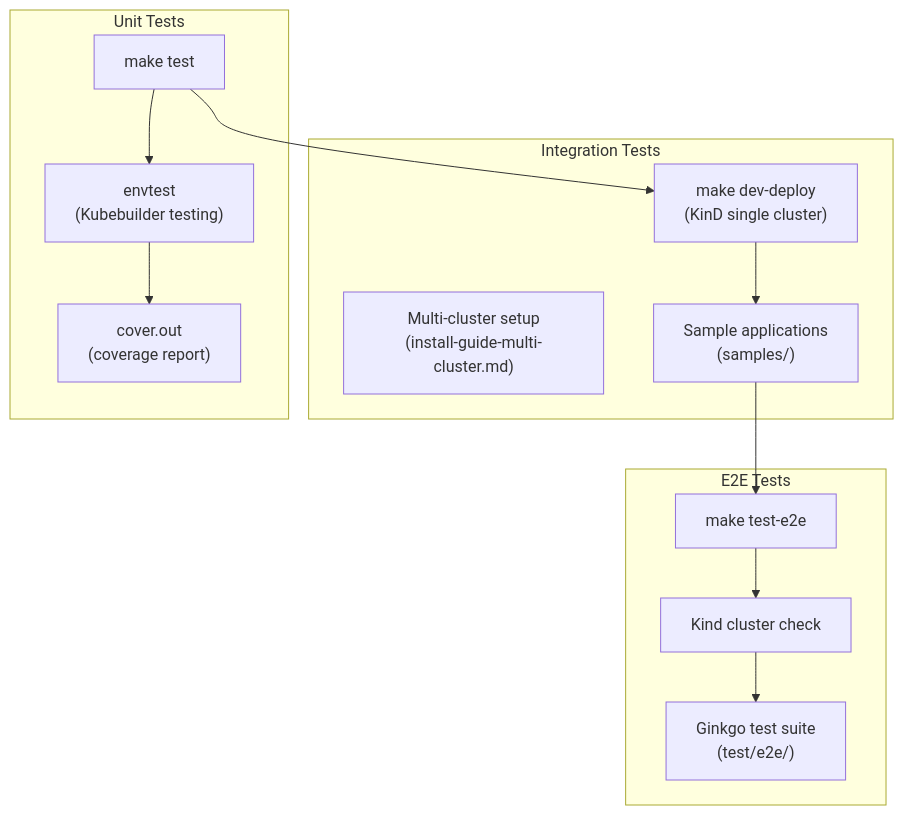
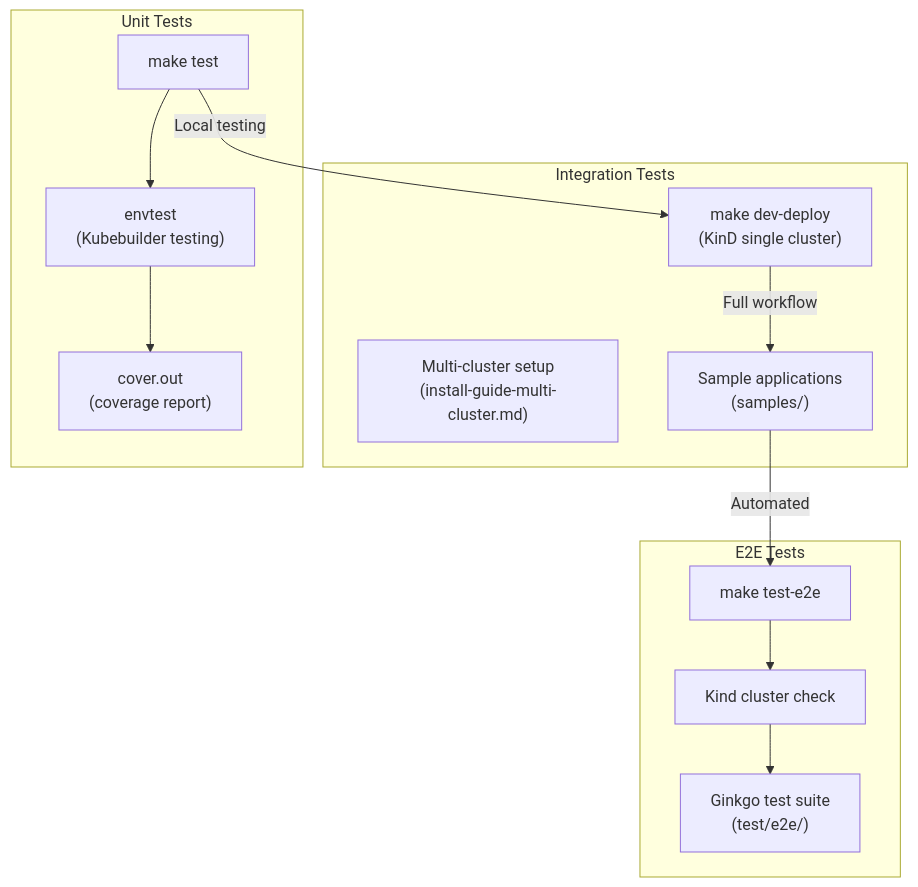
The fifth of 7 diagrams in docs/deepwiki/Development-and-Contribution.md (openchoreo/openchoreo), drawn with Mermaid before and after one commit. The commit also changed other lines of this file and 85 other files, not shown here.

Commit message:
feat: Add new workflow and specification templates, update Helm chart dependencies, and clarify documentation diagrams.

````diff
--- a/docs/deepwiki/Development-and-Contribution.md
+++ b/docs/deepwiki/Development-and-Contribution.md
@@ -310,39 +310,39 @@
 ```mermaid
 flowchart TD
 
 UnitTarget["make test"]
 EnvTest["envtest<br>(Kubebuilder testing)"]
 Coverage["cover.out<br>(coverage report)"]
 DevDeploy["make dev-deploy<br>(KinD single cluster)"]
 MultiCluster["Multi-cluster setup<br>(install-guide-multi-cluster.md)"]
 SampleTests["Sample applications<br>(samples/)"]
 E2ETarget["make test-e2e"]
 KindCheck["Kind cluster check"]
 GinkgoTests["Ginkgo test suite<br>(test/e2e/)"]
 
-UnitTarget --> DevDeploy
-SampleTests --> E2ETarget
+UnitTarget -->|"Local testing"| DevDeploy
+SampleTests -->|"Automated"| E2ETarget
 
 subgraph subGraph2 ["E2E Tests"]
     E2ETarget
     KindCheck
     GinkgoTests
     E2ETarget --> KindCheck
     KindCheck --> GinkgoTests
 end
 
 subgraph subGraph1 ["Integration Tests"]
     DevDeploy
     MultiCluster
     SampleTests
-    DevDeploy --> SampleTests
+    DevDeploy -->|"Full workflow"| SampleTests
 end
 
 subgraph subGraph0 ["Unit Tests"]
     UnitTarget
     EnvTest
     Coverage
     UnitTarget --> EnvTest
     EnvTest --> Coverage
 end
 ```
````
